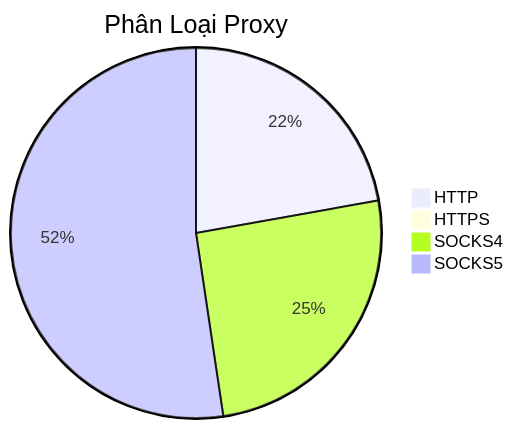
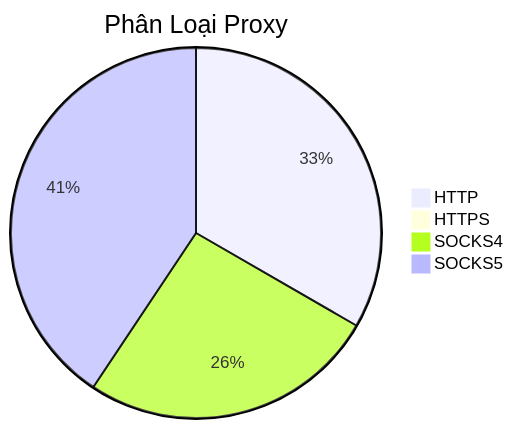
The diagram in README.md (Ciara-12/PROXY-free), drawn with Mermaid before and after one commit. The commit also changed other lines of this file and 3 other files, not shown here.

````diff
--- a/README.md
+++ b/README.md
@@ -26,7 +26,7 @@
 ```mermaid
 pie title Phân Loại Proxy
-    "HTTP" : 447
+    "HTTP" : 684
     "HTTPS" : 0
-    "SOCKS4" : 513
-    "SOCKS5" : 1055
+    "SOCKS4" : 534
+    "SOCKS5" : 834
 ```
````
